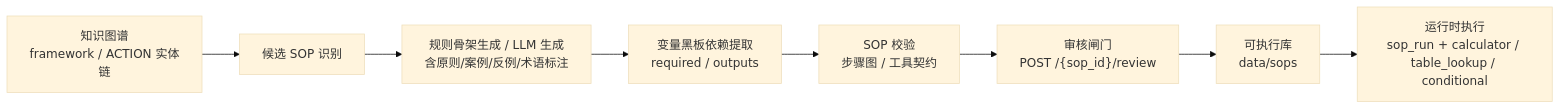
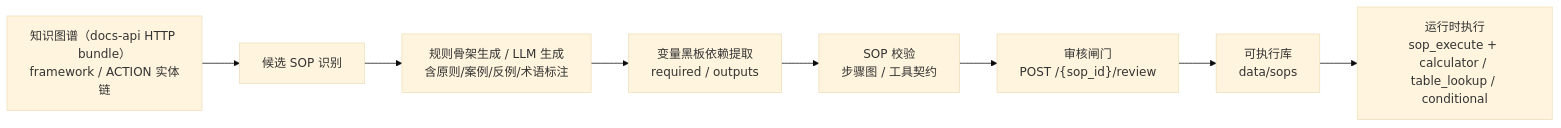
One commit to 0mao0/AnGIneer changed the seventh of 10 diagrams in docs/tech-report.md. Above: the diagram before and after it, drawn with Mermaid (base theme). The commit also changed other lines of this file and 3 other files, not shown here.

First line of the commit message:
docs(sop): SOP 解耦后文档同步——README（sop_execute 正名/sop-api 独立服务/domain pack、端口 8792、Roadmap v0.3）、tech-report（§4.3 服务边界新节、§1 架构图与边界表加 sop-api、§4.2 能力行、§5 OfficeQA 与答案收尾协议、§7/§9/§10/§11 端口与环境变量同步）、architecture-map（sop-api 模块+端口+代理分流+变更清单）、.env.example 领域包注释错位修正；版本基线注明含 10-11/12 未发版改动

````diff
--- a/docs/tech-report.md
+++ b/docs/tech-report.md
@@ -234,10 +239,10 @@
 ```mermaid
 flowchart LR
-    GRAPH["知识图谱<br/>framework / ACTION 实体链"] --> CAND["候选 SOP 识别"]
+    GRAPH["知识图谱（docs-api HTTP bundle）<br/>framework / ACTION 实体链"] --> CAND["候选 SOP 识别"]
     CAND --> GEN["规则骨架生成 / LLM 生成<br/>含原则/案例/反例/术语标注"]
     GEN --> BB["变量黑板依赖提取<br/>required / outputs"]
     BB --> VAL["SOP 校验<br/>步骤图 / 工具契约"]
     VAL --> REV2["审核闸门<br/>POST /{sop_id}/review"]
     REV2 --> LIB["可执行库<br/>data/sops"]
-    LIB --> RUN["运行时执行<br/>sop_run + calculator / table_lookup / conditional"]
+    LIB --> RUN["运行时执行<br/>sop_execute + calculator / table_lookup / conditional"]
 ```
````
